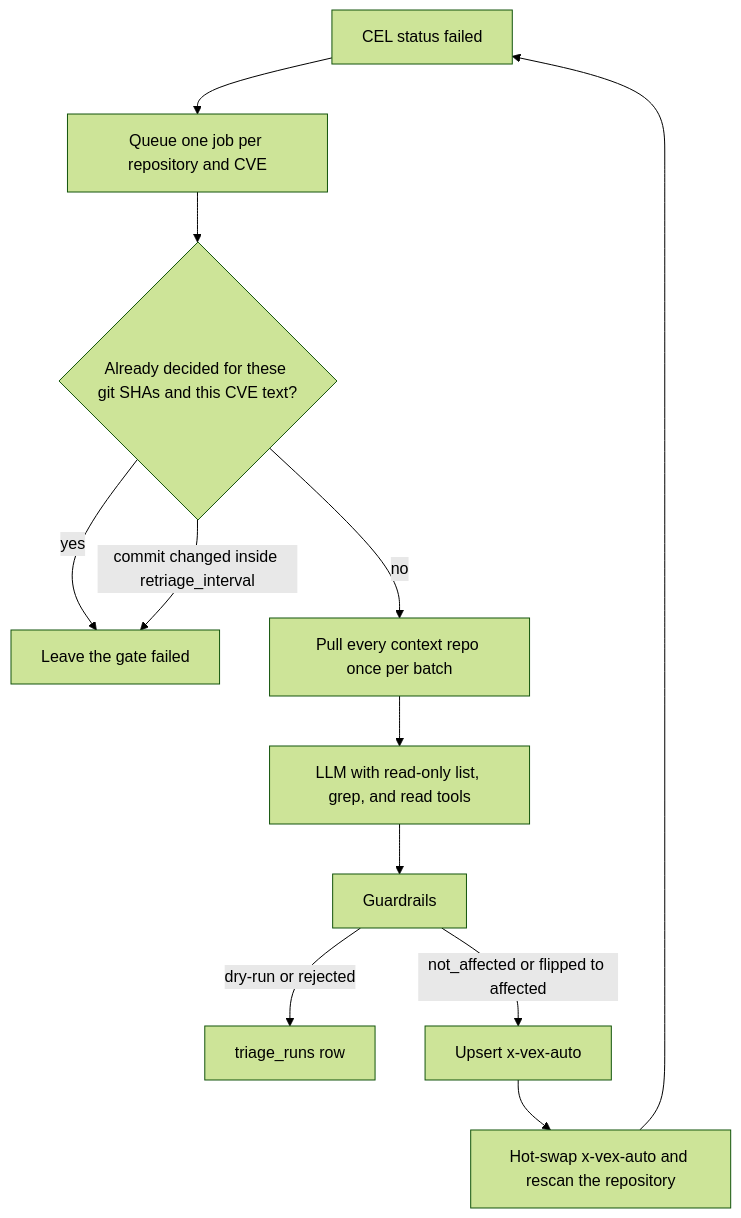
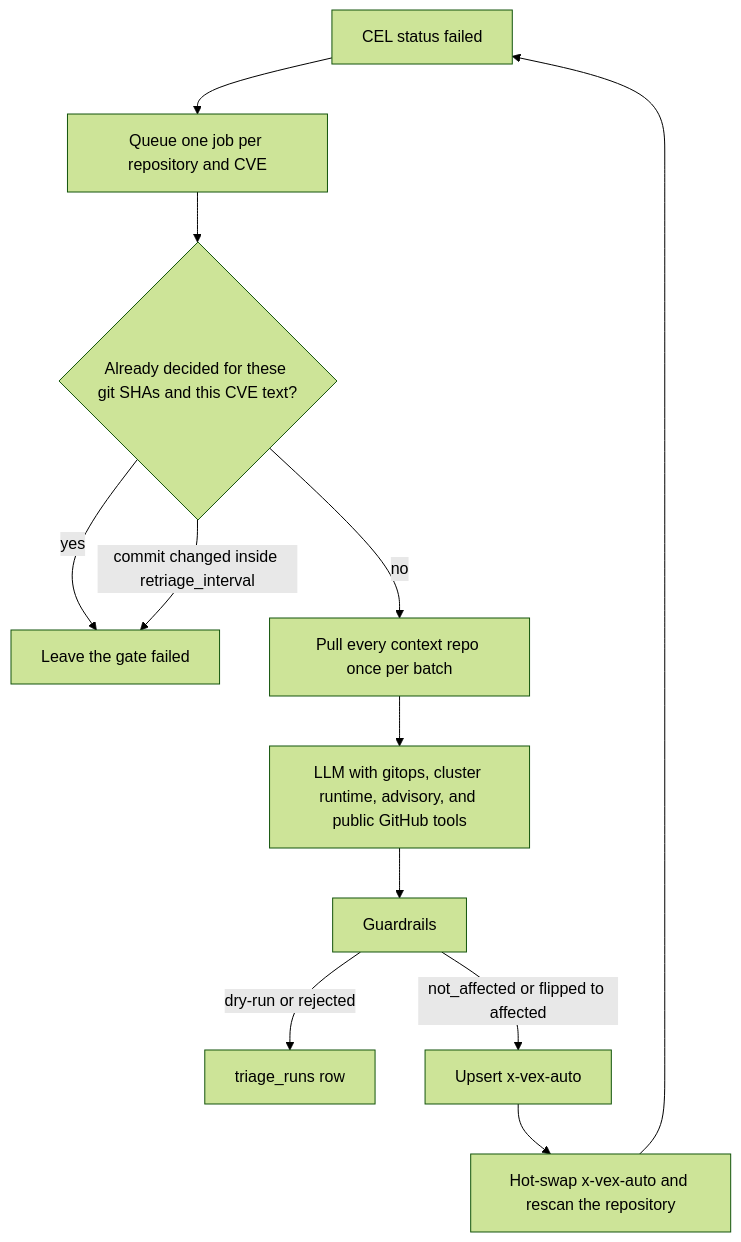
The third of 3 diagrams in docs/STATE_MACHINE.md (daimoniac/suppline), drawn with Mermaid (forest theme) before and after one commit. The commit also changed other lines of this file and 29 other files, not shown here.

First line of the commit message:
feat(triage): read cluster runtime, advisories, and upstream code

````diff
--- a/docs/STATE_MACHINE.md
+++ b/docs/STATE_MACHINE.md
@@ -99,14 +99,14 @@
 ```mermaid
 flowchart TD
     fail[CEL status failed] --> queue[Queue one job per repository and CVE]
     queue --> skip{Already decided for these git SHAs and this CVE text?}
     skip -->|yes| done[Leave the gate failed]
     skip -->|commit changed inside retriage_interval| done
     skip -->|no| pull[Pull every context repo once per batch]
-    pull --> agent[LLM with read-only list, grep, and read tools]
+    pull --> agent[LLM with gitops, cluster runtime, advisory, and public GitHub tools]
     agent --> guard[Guardrails]
     guard -->|dry-run or rejected| record[triage_runs row]
     guard -->|not_affected or flipped to affected| write[Upsert x-vex-auto]
     write --> swap[Hot-swap x-vex-auto and rescan the repository]
     swap --> fail
 ```
````
